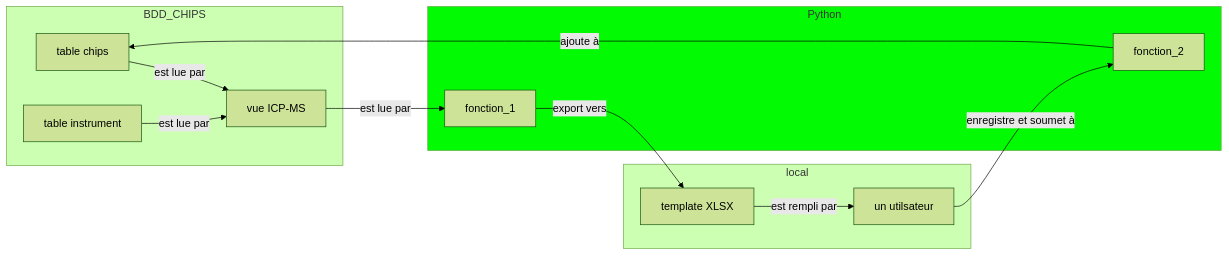
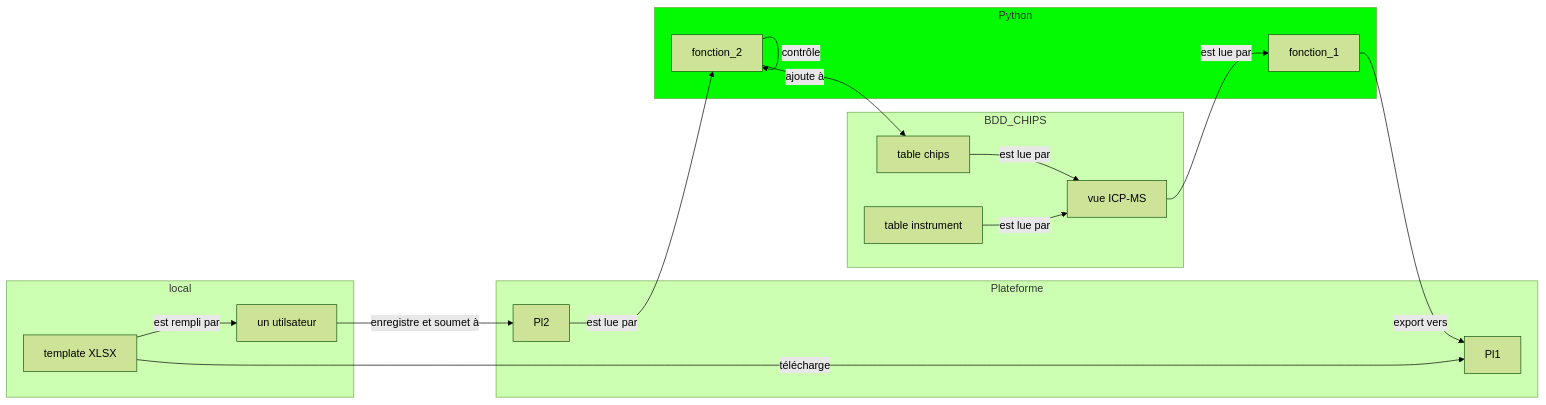
The diagram in dbs/chips/README.md (iramat/iramat-dev), drawn with Mermaid (forest theme) before and after one commit.

````diff
--- a/dbs/chips/README.md
+++ b/dbs/chips/README.md
@@ -26,23 +26,30 @@
 ```mermaid
 flowchart LR
     subgraph BDD_CHIPS
       tC[table chips] -- est lue par --> A[vue ICP-MS]
       tI[table instrument] -- est lue par --> A[vue ICP-MS]
     end
     subgraph local
       Xt[template XLSX];
       U[un utilsateur];
     end
     subgraph Python
       P1[fonction_1];
       P2[fonction_2];
     end
+    subgraph Plateforme
+      Pl1;
+      Pl2;
+    end
     A -- est lue par --> P1;
-    P1 -- export vers --> Xt;
+    P1 -- export vers --> Pl1;
+    Xt -- télécharge --> Pl1;
     Xt -- est rempli par --> U;
-    U -- enregistre et soumet à --> P2;
+    U -- enregistre et soumet à --> Pl2;
+    Pl2 --  est lue par --> P2;
+    P2 -- contrôle --> P2
     P2 -- ajoute à --> tC;
 
 click A "https://github.com/zoometh/iramat-test/tree/main/dbs#table_chimie"
 style Python fill:#02fa02
 ```
````
